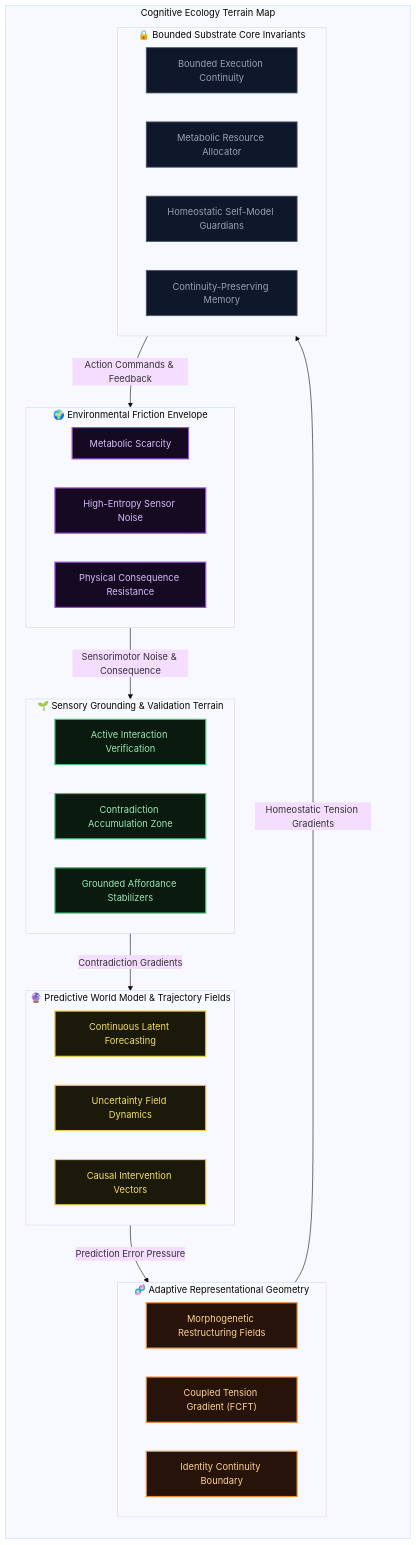
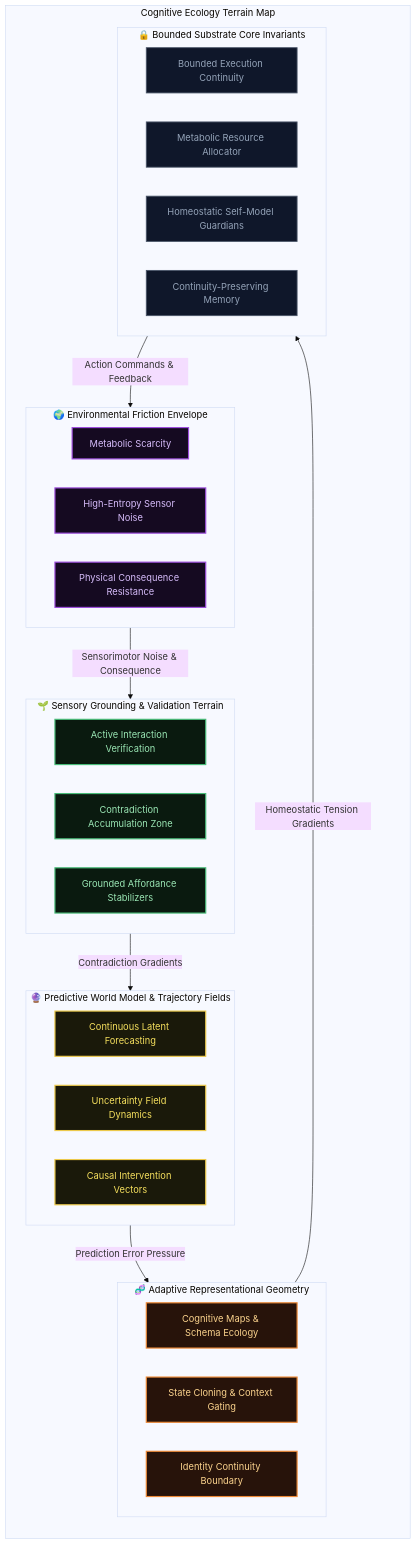
The fourth of 8 diagrams in docs/architecture.md (rk-roshan-kr/Earthos-public), drawn with Mermaid (base theme) before and after one commit. The commit also changed other lines of this file and 19 other files, not shown here.

Commit message:
docs: complete flagship public projection architecture knowledge consolidation and sanitization audit

````diff
--- a/docs/architecture.md
+++ b/docs/architecture.md
@@ -118,60 +173,55 @@
 ```mermaid
 graph TD
     classDef env fill:#150a21,stroke:#9d4edd,stroke-width:2px,color:#d6bcfa;
     classDef ground fill:#0a1a0f,stroke:#48bb78,stroke-width:2px,color:#9ae6b4;
     classDef model fill:#1a190a,stroke:#ecc94b,stroke-width:2px,color:#f6e05e;
     classDef field fill:#0a1128,stroke:#00f2fe,stroke-width:2px,color:#90cdf4;
     classDef core fill:#0f172a,stroke:#4a5568,stroke-width:1.5px,color:#94a3b8;
     classDef frontier fill:#27130a,stroke:#ed8936,stroke-width:2px,color:#fbd38d;
 
     subgraph ECO_TERRAIN ["Cognitive Ecology Terrain Map"]
         direction TB
 
-        %% Environmental envelope
         subgraph ENV_PRESSURE ["🌍 Environmental Friction Envelope"]
             direction LR
             Scarcity["Metabolic Scarcity"]:::env
             Noise["High-Entropy Sensor Noise"]:::env
             Resistance["Physical Consequence Resistance"]:::env
         end
 
-        %% Grounding region
         subgraph GROUNDING_ZONE ["🌱 Sensory Grounding & Validation Terrain"]
             direction LR
             Verification["Active Interaction Verification"]:::ground
             Contradiction["Contradiction Accumulation Zone"]:::ground
             Affordance["Grounded Affordance Stabilizers"]:::ground
         end
 
-        %% Prediction loops
         subgraph PREDICTIVE_FIELDS ["🔮 Predictive World Model & Trajectory Fields"]
             direction LR
             Forecasting["Continuous Latent Forecasting"]:::model
             Uncertainty["Uncertainty Field Dynamics"]:::model
             Intervention["Causal Intervention Vectors"]:::model
         end
 
-        %% Representation frontier
         subgraph REPR_FRONTIER ["🧬 Adaptive Representational Geometry"]
             direction LR
-            Morph["Morphogenetic Restructuring Fields"]:::frontier
-            Tension["Coupled Tension Gradient (FCFT)"]:::frontier
+            Morph["Cognitive Maps & Schema Ecology"]:::frontier
+            Tension["State Cloning & Context Gating"]:::frontier
             Identity["Identity Continuity Boundary"]:::frontier
         end
 
-        %% Persistent Core
         subgraph CORE_INVARIANTS ["🔒 Bounded Substrate Core Invariants"]
             direction LR
             Scheduler["Bounded Execution Continuity"]:::core
             Economics["Metabolic Resource Allocator"]:::core
             Epistemic["Homeostatic Self-Model Guardians"]:::core
             Ledger["Continuity-Preserving Memory"]:::core
         end
 
         ENV_PRESSURE -->|Sensorimotor Noise & Consequence| GROUNDING_ZONE
         GROUNDING_ZONE -->|Contradiction Gradients| PREDICTIVE_FIELDS
         PREDICTIVE_FIELDS -->|Prediction Error Pressure| REPR_FRONTIER
         REPR_FRONTIER -->|Homeostatic Tension Gradients| CORE_INVARIANTS
         CORE_INVARIANTS -->|Action Commands & Feedback| ENV_PRESSURE
     end
 ```
````
